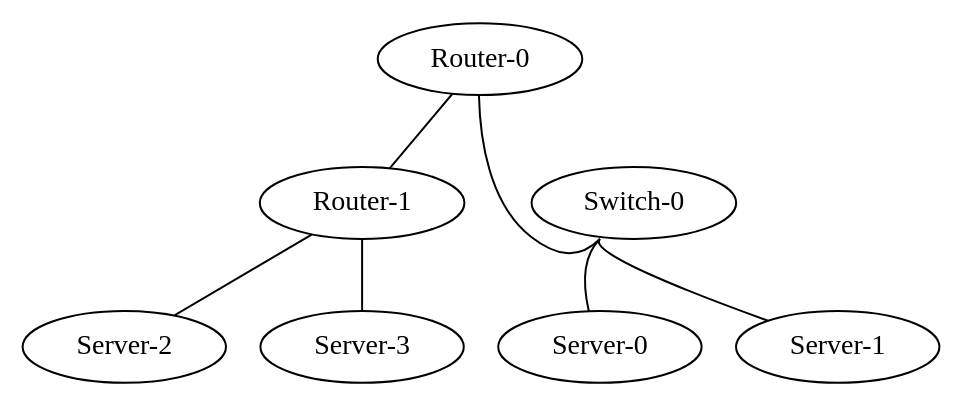
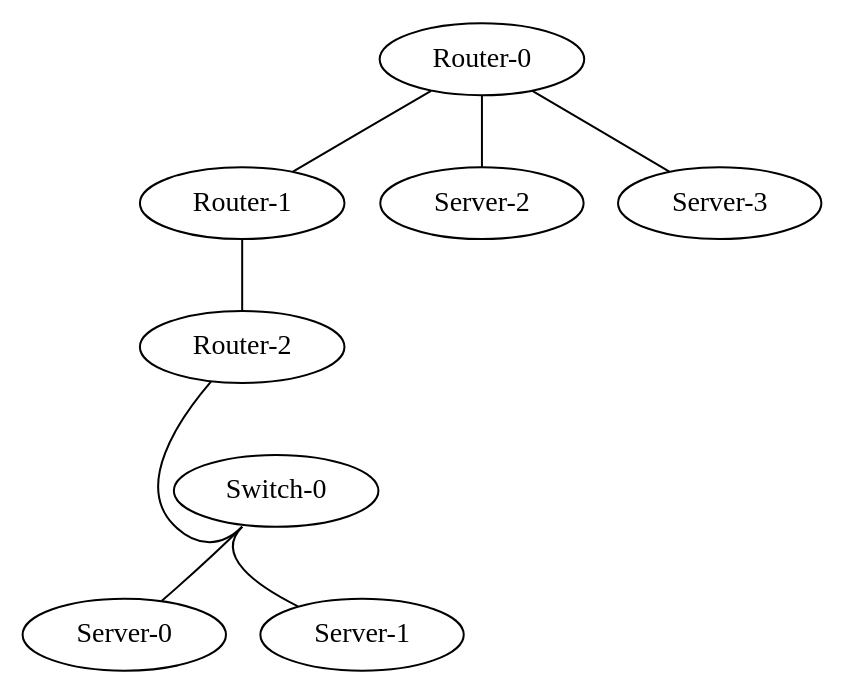
One commit to matferronato/TopologyGen changed the diagram in TopologyGen/TopologyInfo/topology.dot. Above: the diagram before and after it, drawn with Graphviz. The commit also changed 93 other files, not shown here.

```diff
--- a/TopologyGen/TopologyInfo/topology.dot
+++ b/TopologyGen/TopologyInfo/topology.dot
@@ -1,15 +1,17 @@
 graph vx {
 "Router-0" [function="leaf" vagrant="eth1" os="hashicorp/bionic64" version="1.0.282" memory="500" config="./helper_scripts/config_production_switch.sh" ]
 "Router-1" [function="leaf" vagrant="eth1" os="hashicorp/bionic64" version="1.0.282" memory="500" config="./helper_scripts/config_production_switch.sh" ]
+"Router-2" [function="leaf" vagrant="eth1" os="hashicorp/bionic64" version="1.0.282" memory="500" config="./helper_scripts/config_production_switch.sh" ]
 "Server-0" [function="leaf" vagrant="eth1" os="hashicorp/bionic64" version="1.0.282" memory="500" config="./helper_scripts/config_production_switch.sh" ]
 "Server-1" [function="leaf" vagrant="eth1" os="hashicorp/bionic64" version="1.0.282" memory="500" config="./helper_scripts/config_production_switch.sh" ]
 "Server-2" [function="leaf" vagrant="eth1" os="hashicorp/bionic64" version="1.0.282" memory="500" config="./helper_scripts/config_production_switch.sh" ]
 "Server-3" [function="leaf" vagrant="eth1" os="hashicorp/bionic64" version="1.0.282" memory="500" config="./helper_scripts/config_production_switch.sh" ]
 "Switch-0" [function="leaf" vagrant="eth1" os="hashicorp/bionic64" version="1.0.282" memory="500" config="./helper_scripts/config_production_switch.sh" ]
-"Switch-0":"swp1" -- "Server-0":"eth50"
-"Switch-0":"swp2" -- "Server-1":"eth50"
-"Router-0":"eth50" -- "Switch-0":"swp100"
-"Router-1":"eth1" -- "Server-2":"eth100"
-"Router-0":"eth100" -- "Router-1":"eth100"
-"Router-1":"eth2" -- "Server-3":"eth100"
+"Switch-0":"swp1" -- "Server-1":"eth50"
+"Switch-0":"swp2" -- "Server-0":"eth50"
+"Router-2":"eth50" -- "Switch-0":"swp100"
+"Router-0":"eth1" -- "Server-2":"eth100"
+"Router-1":"eth100" -- "Router-2":"eth100"
+"Router-0":"eth100" -- "Router-1":"eth101"
+"Router-0":"eth2" -- "Server-3":"eth100"
 }
```
